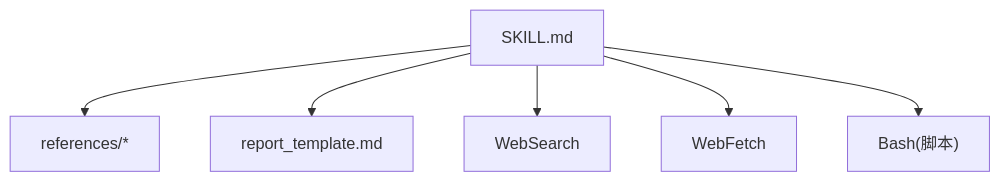
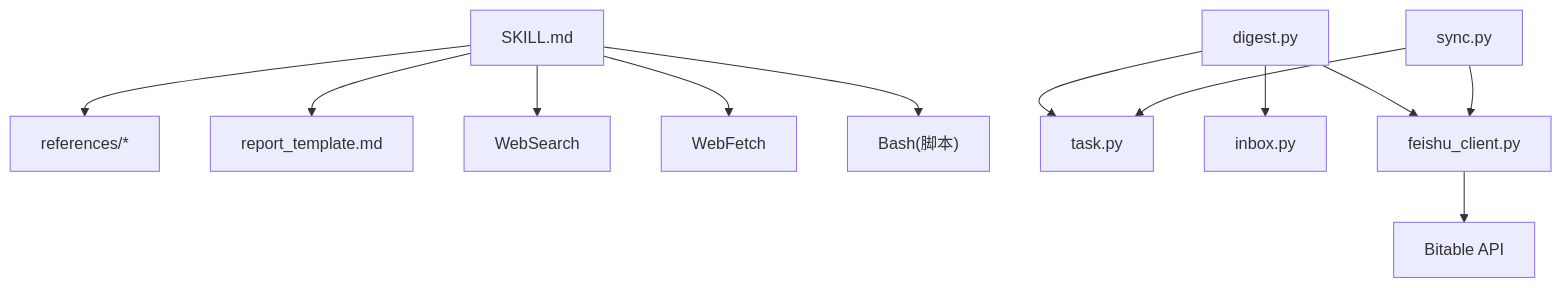
The ninth of 9 diagrams in .qoder/repowiki/zh/content/项目概述.md (John198912/hermes_workspace), drawn with Mermaid before and after one commit. The commit also changed other lines of this file and 3 other files, not shown here.

````diff
--- a/.qoder/repowiki/zh/content/项目概述.md
+++ b/.qoder/repowiki/zh/content/项目概述.md
@@ -272,8 +353,14 @@
 ```mermaid
 graph TB
 SK["SKILL.md"] --> REF["references/*"]
 SK --> TMP["report_template.md"]
 SK --> EXT1["WebSearch"]
 SK --> EXT2["WebFetch"]
 SK --> EXT3["Bash(脚本)"]
+DIG["digest.py"] --> TASK["task.py"]
+DIG --> INBOX["inbox.py"]
+DIG --> FEISHU["feishu_client.py"]
+SYNC["sync.py"] --> FEISHU
+SYNC --> TASK
+FEISHU --> BITABLE["Bitable API"]
 ```
````
